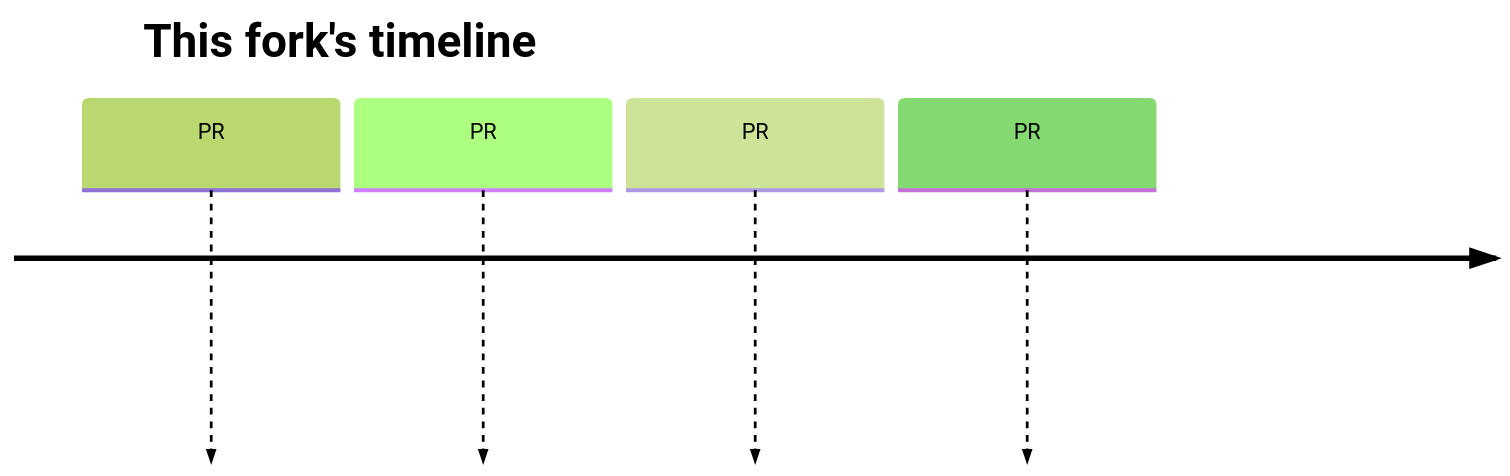
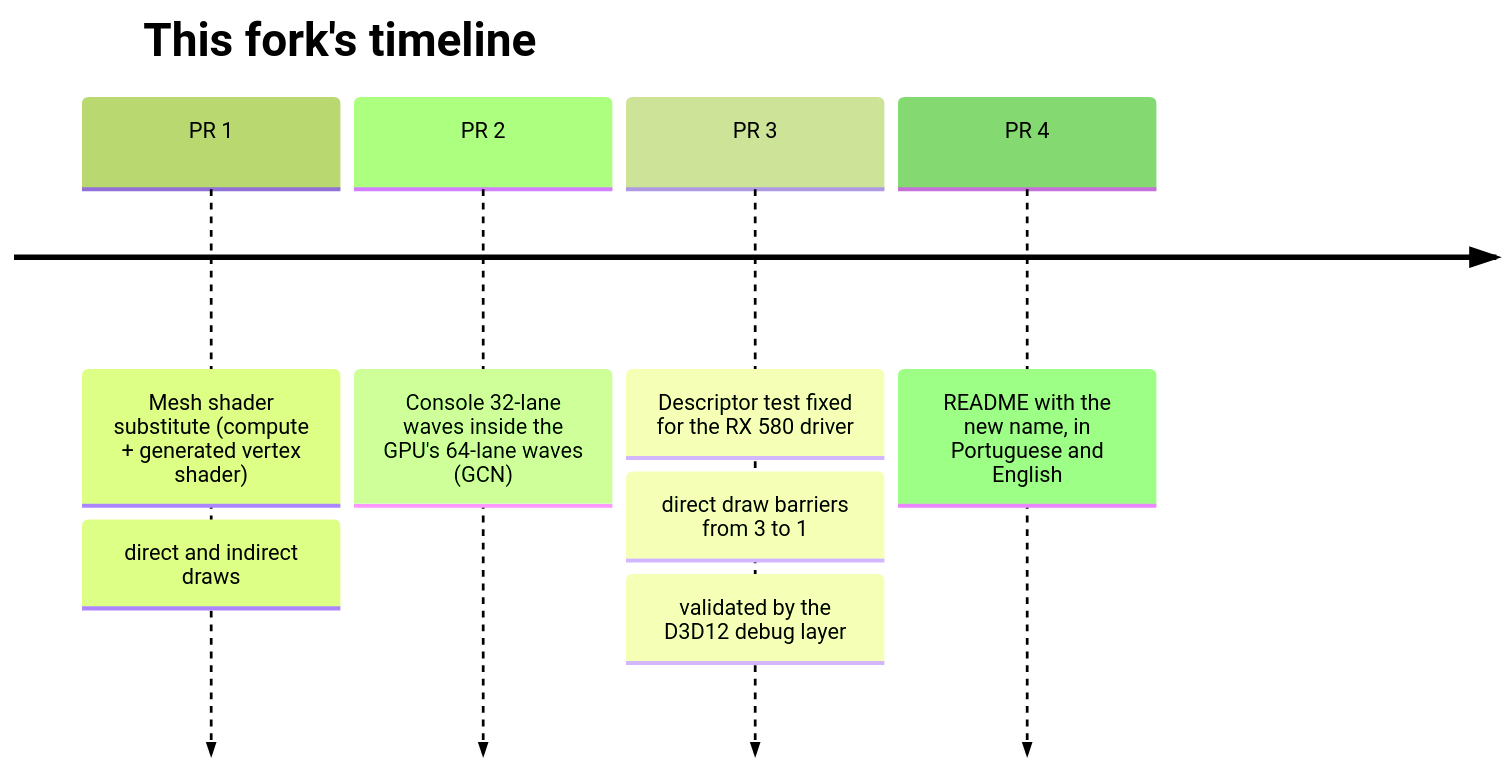
Diagram 13 of 20 in README.md (marcoscostaengineer/MARGARETE-RX580-OPTIMIZED), drawn with Mermaid (forest theme) before and after one commit. The commit also changed other lines of this file, not shown here.

First line of the commit message:
README diagrams: timeline items shown, horizontal layouts, readable labels

````diff
--- a/README.md
+++ b/README.md
@@ -376,8 +382,8 @@
 ```mermaid
 timeline
     title This fork's timeline
-    PR #1 : Mesh shader substitute (compute + generated vertex shader) : direct and indirect draws
-    PR #2 : Console 32-lane waves inside the GPU's 64-lane waves (GCN)
-    PR #3 : Descriptor test fixed for the RX 580 driver : direct draw barriers from 3 to 1 : validated by the D3D12 debug layer
-    PR #4 : README with the new name, in Portuguese and English
+    PR 1 : Mesh shader substitute (compute + generated vertex shader) : direct and indirect draws
+    PR 2 : Console 32-lane waves inside the GPU's 64-lane waves (GCN)
+    PR 3 : Descriptor test fixed for the RX 580 driver : direct draw barriers from 3 to 1 : validated by the D3D12 debug layer
+    PR 4 : README with the new name, in Portuguese and English
 ```
````
